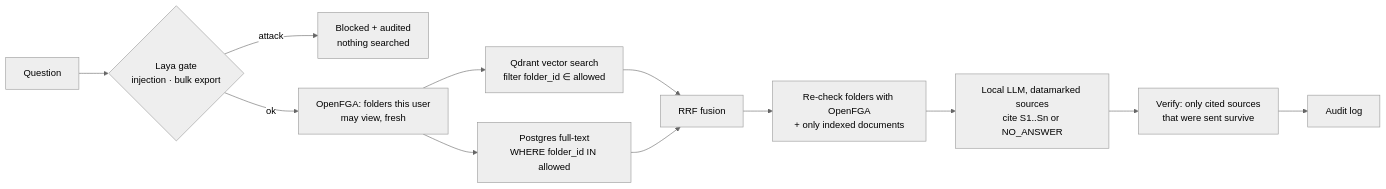
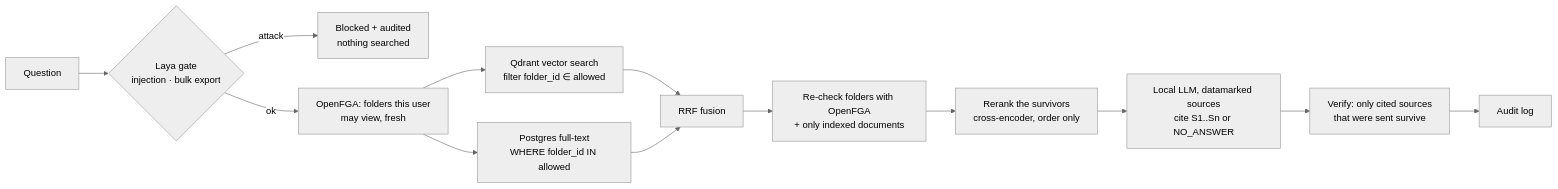
One commit to Arjun-Sharma-git/Sentinel-Vault changed the second of 2 diagrams in README.md. Above: the diagram before and after it, drawn with Mermaid (neutral theme). The commit also changed other lines of this file and 22 other files, not shown here.

````diff
--- a/README.md
+++ b/README.md
@@ -94,14 +94,15 @@
 ```mermaid
 flowchart LR
   Q[Question] --> G{Laya gate<br/>injection · bulk export}
   G -- attack --> X[Blocked + audited<br/>nothing searched]
   G -- ok --> A[OpenFGA: folders this user<br/>may view, fresh]
   A --> D[Qdrant vector search<br/>filter folder_id ∈ allowed]
   A --> T[Postgres full-text<br/>WHERE folder_id IN allowed]
   D --> F[RRF fusion]
   T --> F
   F --> R[Re-check folders with OpenFGA<br/>+ only indexed documents]
-  R --> L[Local LLM, datamarked sources<br/>cite S1..Sn or NO_ANSWER]
+  R --> RR[Rerank the survivors<br/>cross-encoder, order only]
+  RR --> L[Local LLM, datamarked sources<br/>cite S1..Sn or NO_ANSWER]
   L --> V[Verify: only cited sources<br/>that were sent survive]
   V --> AU[Audit log]
 ```
````
